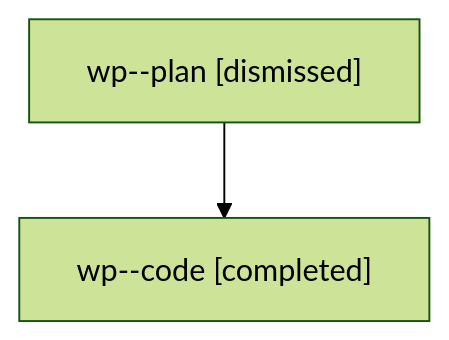
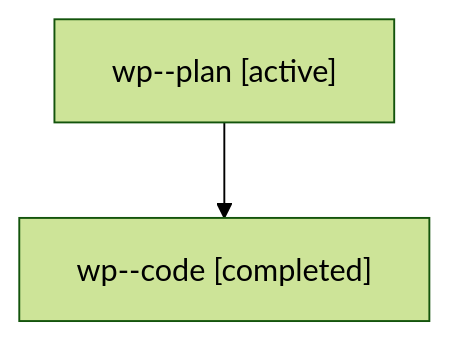
One commit to sase-org/sase--agents changed the diagram in families/bbugyi200.athena.wp.md. Above: the diagram before and after it, drawn with Mermaid (forest theme). The commit also changed other lines of this file and 35830 other files, not shown here.

````diff
--- a/families/bbugyi200.athena.wp.md
+++ b/families/bbugyi200.athena.wp.md
@@ -9,6 +9,6 @@
 ```mermaid
 flowchart TD
-  n0["wp--plan [dismissed]"]
+  n0["wp--plan [active]"]
   n1["wp--code [completed]"]
   n0 --> n1
 ```
````
